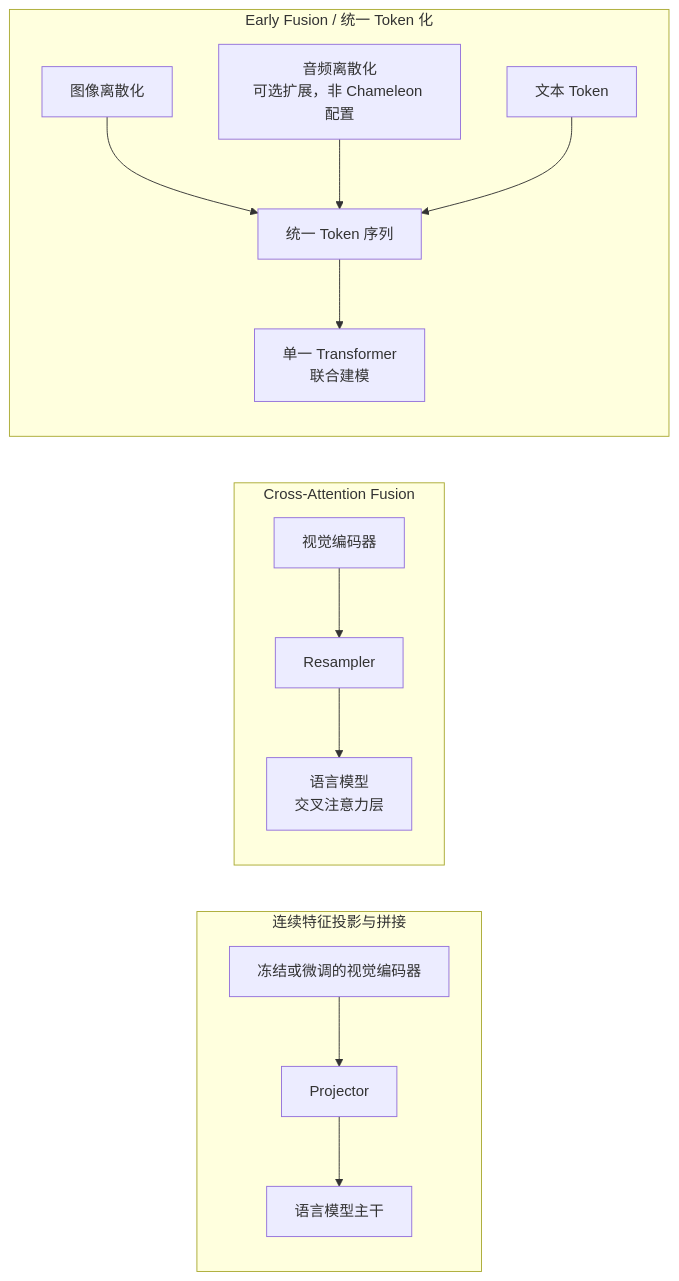
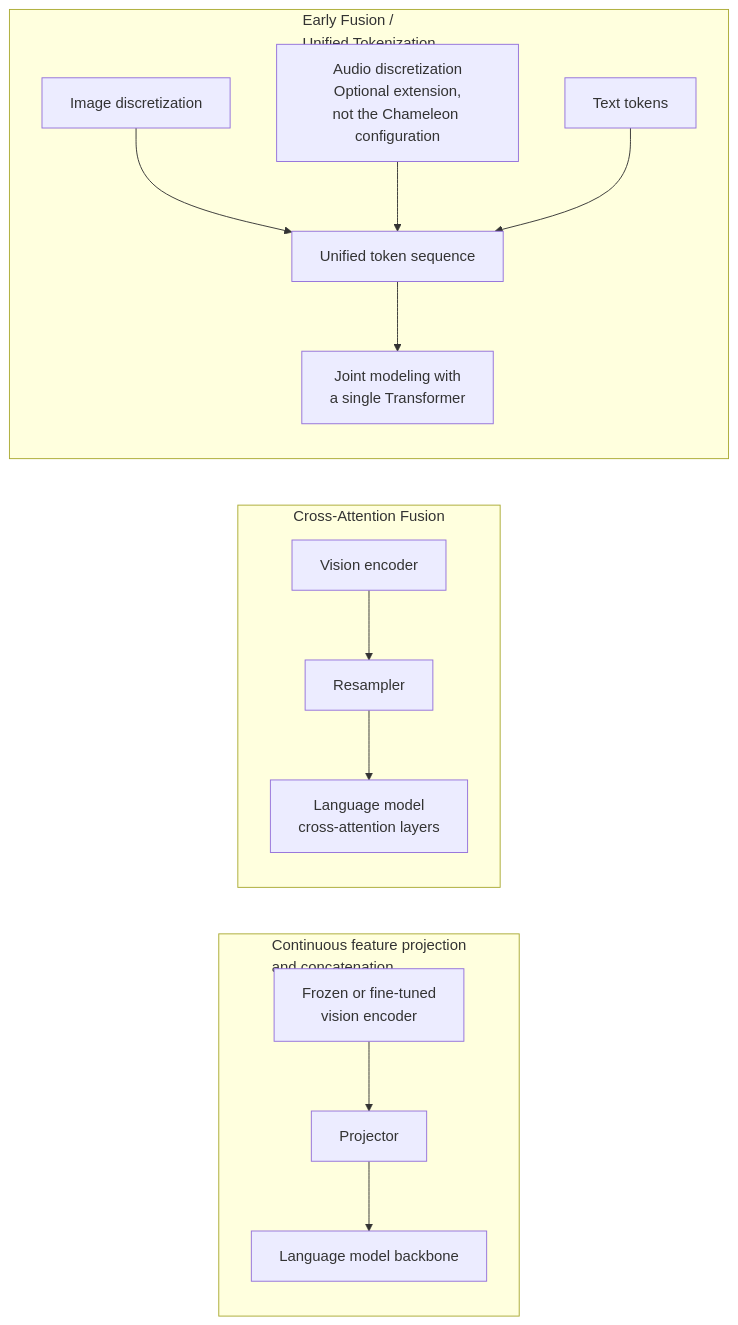
One commit to oneleaveknowsthefall/awesome-ai-roadmap changed the diagram in docs/multimodal/01-foundations/01-multimodal-fusion-architecture.md. Above: the diagram before and after it, drawn with Mermaid. The commit also changed other lines of this file and 92 other files, not shown here.

````diff
--- a/docs/multimodal/01-foundations/01-multimodal-fusion-architecture.md
+++ b/docs/multimodal/01-foundations/01-multimodal-fusion-architecture.md
@@ -13,15 +13,15 @@
 ```mermaid
 flowchart LR
-    subgraph Late["连续特征投影与拼接"]
-        L1[冻结或微调的视觉编码器] --> L2[Projector] --> L3[语言模型主干]
+    subgraph Late["Continuous feature projection<br/>and concatenation"]
+        L1[Frozen or fine-tuned<br/>vision encoder] --> L2[Projector] --> L3[Language model backbone]
     end
     subgraph Cross["Cross-Attention Fusion"]
-        C1[视觉编码器] --> C2[Resampler] --> C3["语言模型<br/>交叉注意力层"]
+        C1[Vision encoder] --> C2[Resampler] --> C3["Language model<br/>cross-attention layers"]
     end
-    subgraph Early["Early Fusion / 统一 Token 化"]
-        E1[图像离散化] --> E4[统一 Token 序列]
-        E2["音频离散化<br/>可选扩展，非 Chameleon 配置"] --> E4
-        E3[文本 Token] --> E4
-        E4 --> E5[单一 Transformer<br/>联合建模]
+    subgraph Early["Early Fusion /<br/>Unified Tokenization"]
+        E1[Image discretization] --> E4[Unified token sequence]
+        E2["Audio discretization<br/>Optional extension,<br/>not the Chameleon configuration"] --> E4
+        E3[Text tokens] --> E4
+        E4 --> E5[Joint modeling with<br/>a single Transformer]
     end
 ```
````
